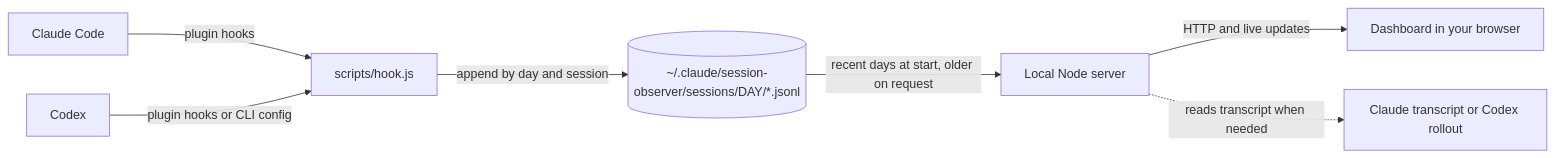
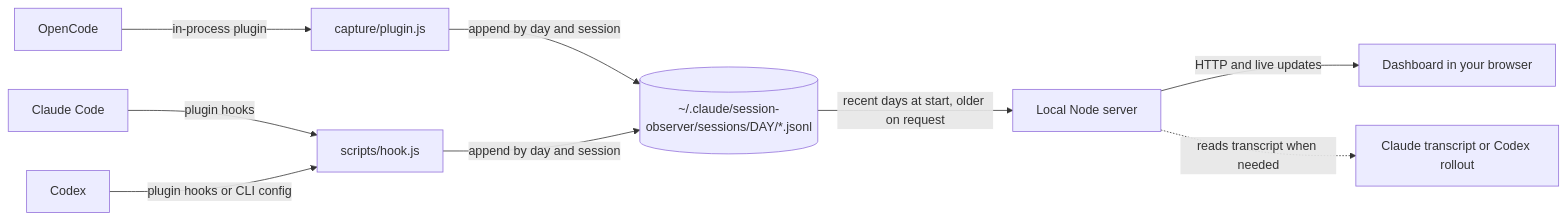
One commit to radekwojpl2/session-observer changed the first of 3 diagrams in README.md. Above: the diagram before and after it, drawn with Mermaid. The commit also changed other lines of this file and 22 other files, not shown here.

First line of the commit message:
feat: show OpenCode sessions (#119)

```diff
--- a/README.md
+++ b/README.md
@@ -42,9 +43,11 @@
 ~~~mermaid
 flowchart LR
   C[Claude Code] -->|plugin hooks| H[scripts/hook.js]
   X[Codex] -->|plugin hooks or CLI config| H
+  O[OpenCode] -->|in-process plugin| P[capture/plugin.js]
+  P -->|append by day and session| L
   H -->|append by day and session| L[(~/.claude/session-observer/sessions/DAY/*.jsonl)]
   L -->|recent days at start, older on request| S[Local Node server]
   S -->|HTTP and live updates| D[Dashboard in your browser]
   S -. reads transcript when needed .-> T[Claude transcript or Codex rollout]
 ~~~
```
